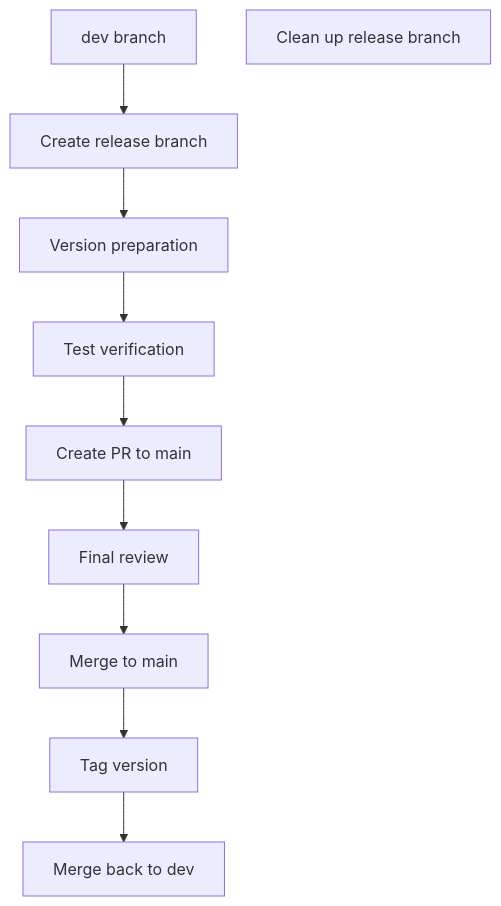
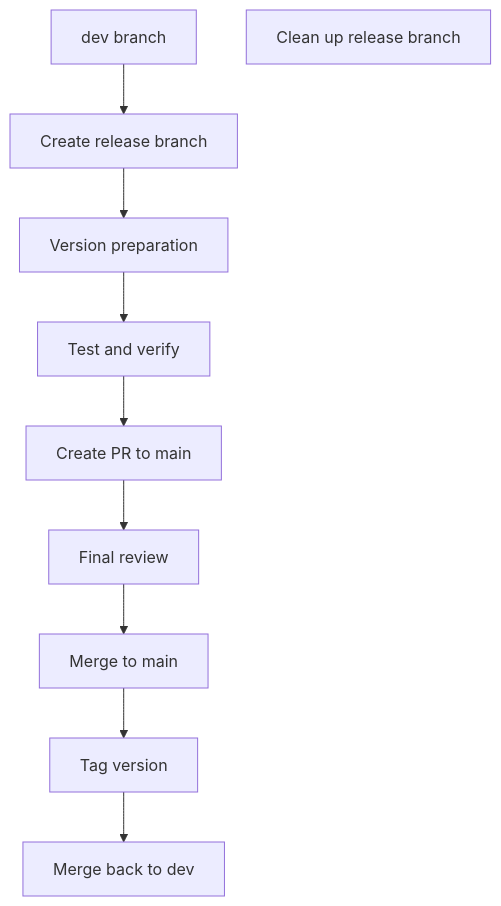
The third of 3 diagrams in docs/src/en/dev/branch-maintenance-guide.md (ChenXu233/YaoXiang), drawn with Mermaid before and after one commit. The commit also changed other lines of this file and 358 other files, not shown here.

````diff
--- a/docs/src/en/dev/branch-maintenance-guide.md
+++ b/docs/src/en/dev/branch-maintenance-guide.md
@@ -181,12 +181,12 @@
 ```mermaid
 graph TD
     A[dev branch] --> B[Create release branch]
     B --> C[Version preparation]
-    C --> D[Test verification]
+    C --> D[Test and verify]
     D --> E[Create PR to main]
     E --> F[Final review]
     F --> G[Merge to main]
     G --> H[Tag version]
     H --> I[Merge back to dev]
     J[Clean up release branch]
 ```
````
